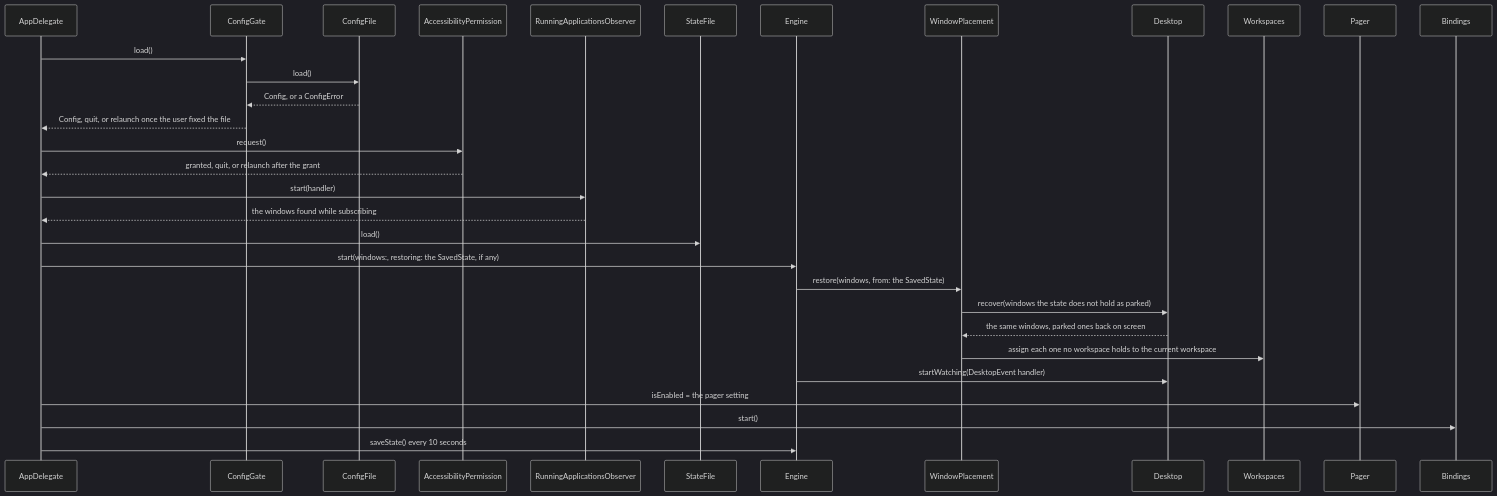
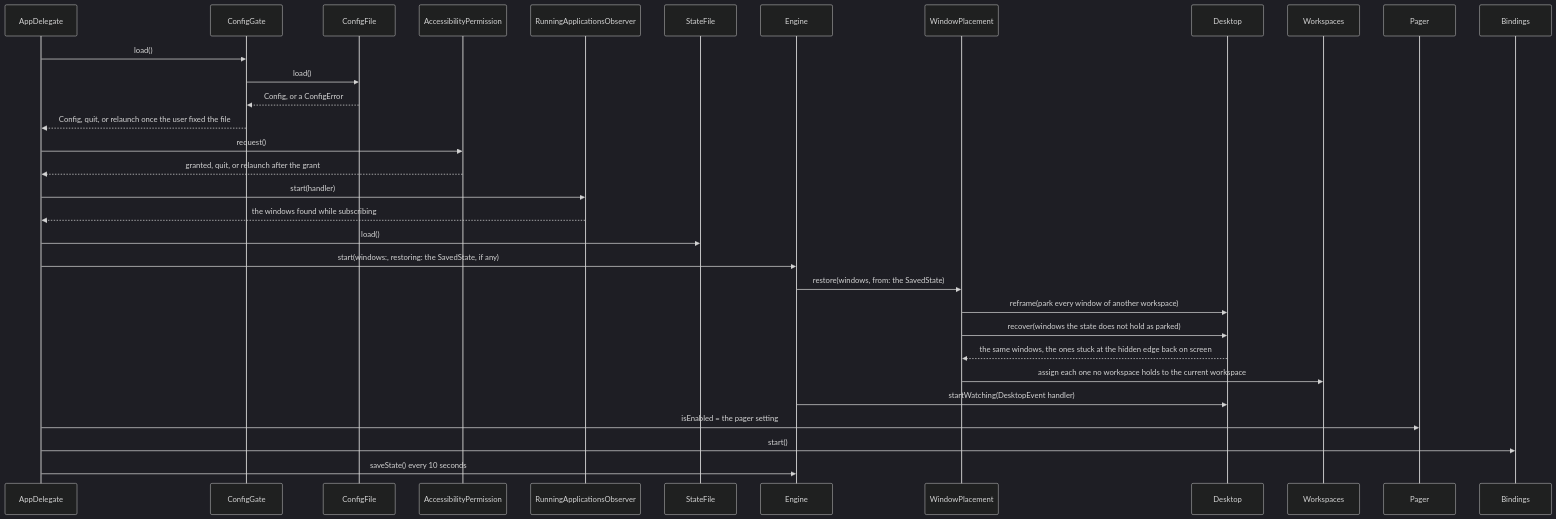
The seventh of 20 diagrams in ARCHITECTURE.md (brennovich/ottowm), drawn with Mermaid (dark theme) before and after one commit. The commit also changed 15 other files, not shown here.

First line of the commit message:
Park restored windows from their saved frames

````diff
--- a/ARCHITECTURE.md
+++ b/ARCHITECTURE.md
@@ -235,21 +235,22 @@
 ```mermaid
 sequenceDiagram
     AppDelegate->>ConfigGate: load()
     ConfigGate->>ConfigFile: load()
     ConfigFile-->>ConfigGate: Config, or a ConfigError
     ConfigGate-->>AppDelegate: Config, quit, or relaunch once the user fixed the file
     AppDelegate->>AccessibilityPermission: request()
     AccessibilityPermission-->>AppDelegate: granted, quit, or relaunch after the grant
     AppDelegate->>RunningApplicationsObserver: start(handler)
     RunningApplicationsObserver-->>AppDelegate: the windows found while subscribing
     AppDelegate->>StateFile: load()
     AppDelegate->>Engine: start(windows:, restoring: the SavedState, if any)
     Engine->>WindowPlacement: restore(windows, from: the SavedState)
+    WindowPlacement->>Desktop: reframe(park every window of another workspace)
     WindowPlacement->>Desktop: recover(windows the state does not hold as parked)
-    Desktop-->>WindowPlacement: the same windows, parked ones back on screen
+    Desktop-->>WindowPlacement: the same windows, the ones stuck at the hidden edge back on screen
     WindowPlacement->>Workspaces: assign each one no workspace holds to the current workspace
     Engine->>Desktop: startWatching(DesktopEvent handler)
     AppDelegate->>Pager: isEnabled = the pager setting
     AppDelegate->>Bindings: start()
     AppDelegate->>Engine: saveState() every 10 seconds
 ```
````
